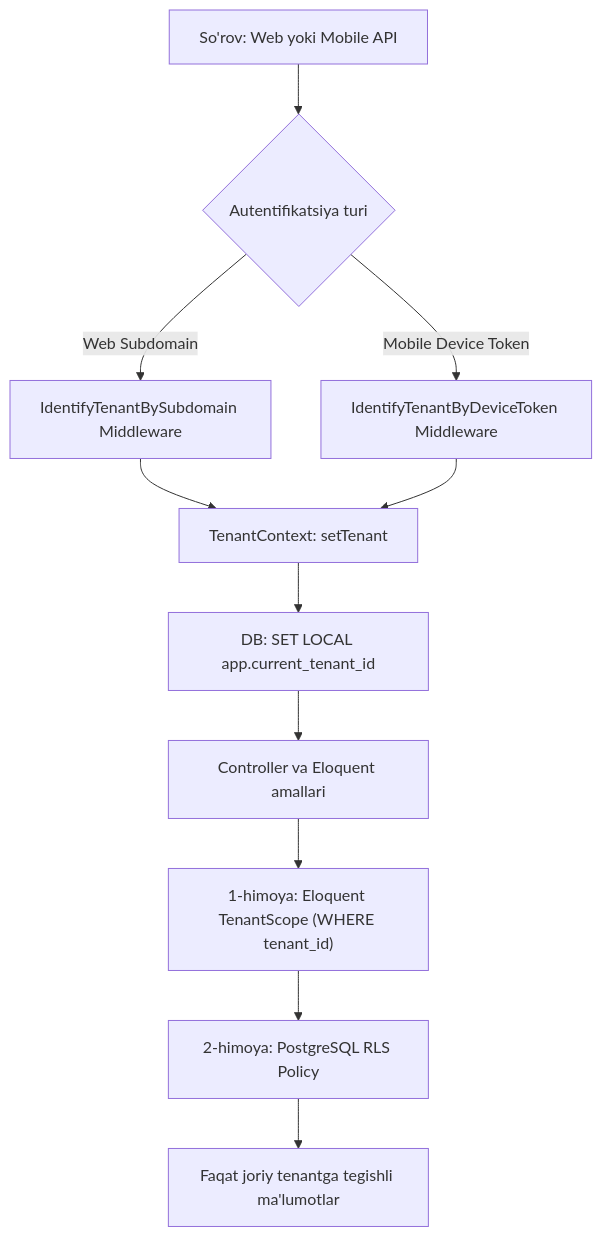
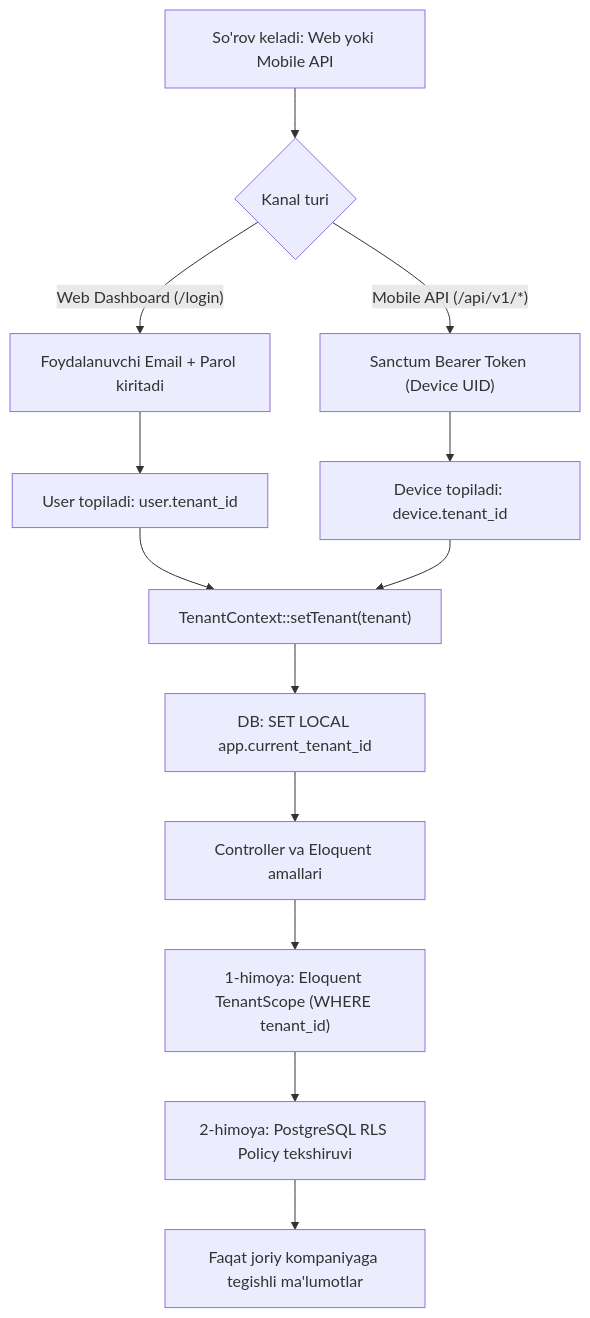
Before and after one commit to IslomFargoniy/agent.1call.uz: the diagram in docs/ARCHITECTURE_AND_ROADMAP.md, drawn with Mermaid. The commit also changed other lines of this file, not shown here.

Commit message:
docs: adopt Option A - centralized auth and user session tenant resolution

````diff
--- a/docs/ARCHITECTURE_AND_ROADMAP.md
+++ b/docs/ARCHITECTURE_AND_ROADMAP.md
@@ -18,17 +19,20 @@
 ```mermaid
 flowchart TD
-    Req["So'rov: Web yoki Mobile API"] --> Auth{"Autentifikatsiya turi"}
+    Req["So'rov keladi: Web yoki Mobile API"] --> RouteCheck{"Kanal turi"}
     
-    Auth -->|"Web Subdomain"| Sub["IdentifyTenantBySubdomain Middleware"]
-    Auth -->|"Mobile Device Token"| Tok["IdentifyTenantByDeviceToken Middleware"]
+    RouteCheck -->|"Web Dashboard (/login)"| WebAuth["Foydalanuvchi Email + Parol kiritadi"]
+    RouteCheck -->|"Mobile API (/api/v1/*)"| ApiAuth["Sanctum Bearer Token (Device UID)"]
     
-    Sub --> SetCtx["TenantContext: setTenant"]
-    Tok --> SetCtx
+    WebAuth --> UserFound["User topiladi: user.tenant_id"]
+    ApiAuth --> DeviceFound["Device topiladi: device.tenant_id"]
+    
+    UserFound --> SetCtx["TenantContext::setTenant(tenant)"]
+    DeviceFound --> SetCtx
     
     SetCtx --> SetRLS["DB: SET LOCAL app.current_tenant_id"]
     SetRLS --> AppExec["Controller va Eloquent amallari"]
     
     AppExec --> Scope["1-himoya: Eloquent TenantScope (WHERE tenant_id)"]
-    Scope --> PG["2-himoya: PostgreSQL RLS Policy"]
-    PG --> Result["Faqat joriy tenantga tegishli ma'lumotlar"]
+    Scope --> PG["2-himoya: PostgreSQL RLS Policy tekshiruvi"]
+    PG --> Result["Faqat joriy kompaniyaga tegishli ma'lumotlar"]
 ```
````
